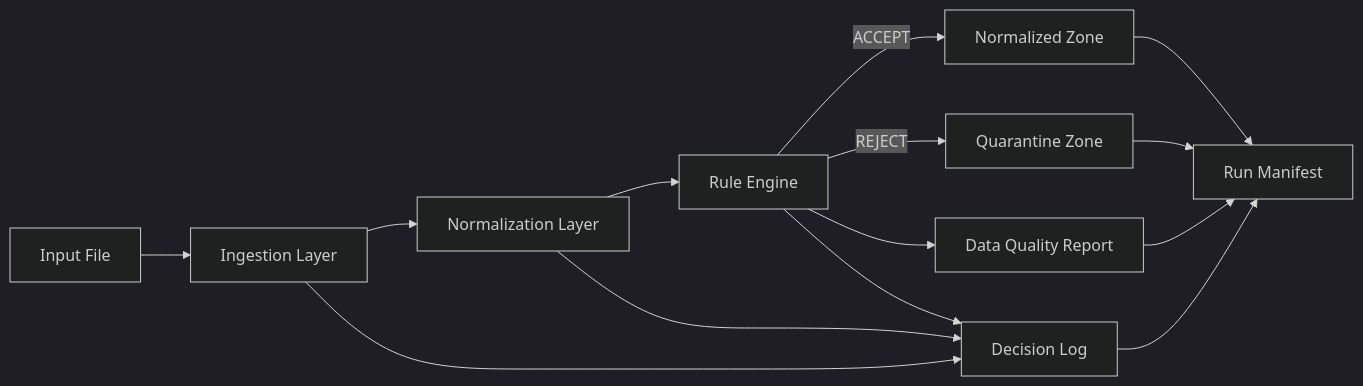
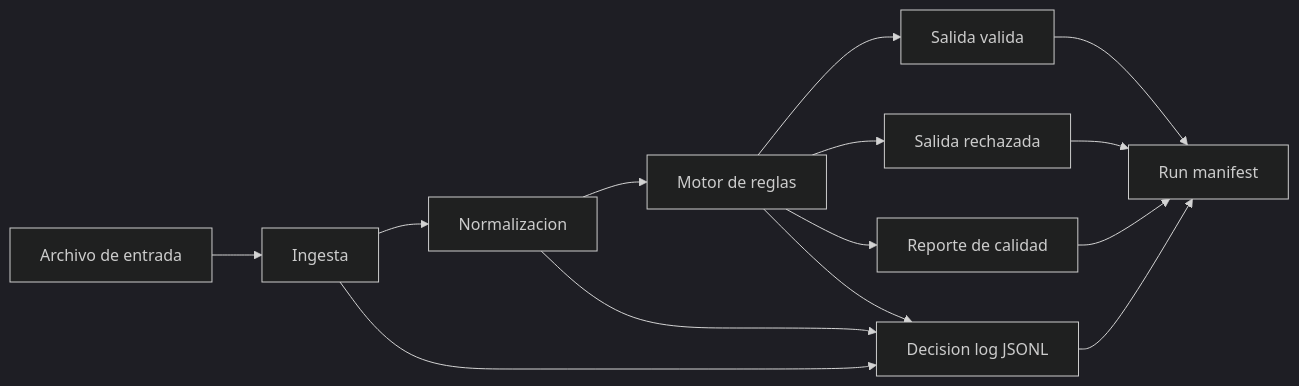
Before and after one commit to lexseasson/ai-factory-workflow: the diagram in docs/design.md, drawn with Mermaid (dark theme). The commit also changed other lines of this file and 14 other files, not shown here.

````diff
--- a/docs/design.md
+++ b/docs/design.md
@@ -37,16 +14,16 @@
 ```mermaid
 flowchart LR
-    A[Input File] --> B[Ingestion Layer]
-    B --> C[Normalization Layer]
-    C --> D[Rule Engine]
-    D -->|ACCEPT| E[Normalized Zone]
-    D -->|REJECT| F[Quarantine Zone]
-    D --> G[Data Quality Report]
-    B --> H[Decision Log]
+    A[Archivo de entrada] --> B[Ingesta]
+    B --> C[Normalizacion]
+    C --> D[Motor de reglas]
+    D --> E[Salida valida]
+    D --> F[Salida rechazada]
+    D --> G[Reporte de calidad]
+    B --> H[Decision log JSONL]
     C --> H
     D --> H
-    E --> I[Run Manifest]
+    E --> I[Run manifest]
     F --> I
     G --> I
     H --> I
 ```
````
